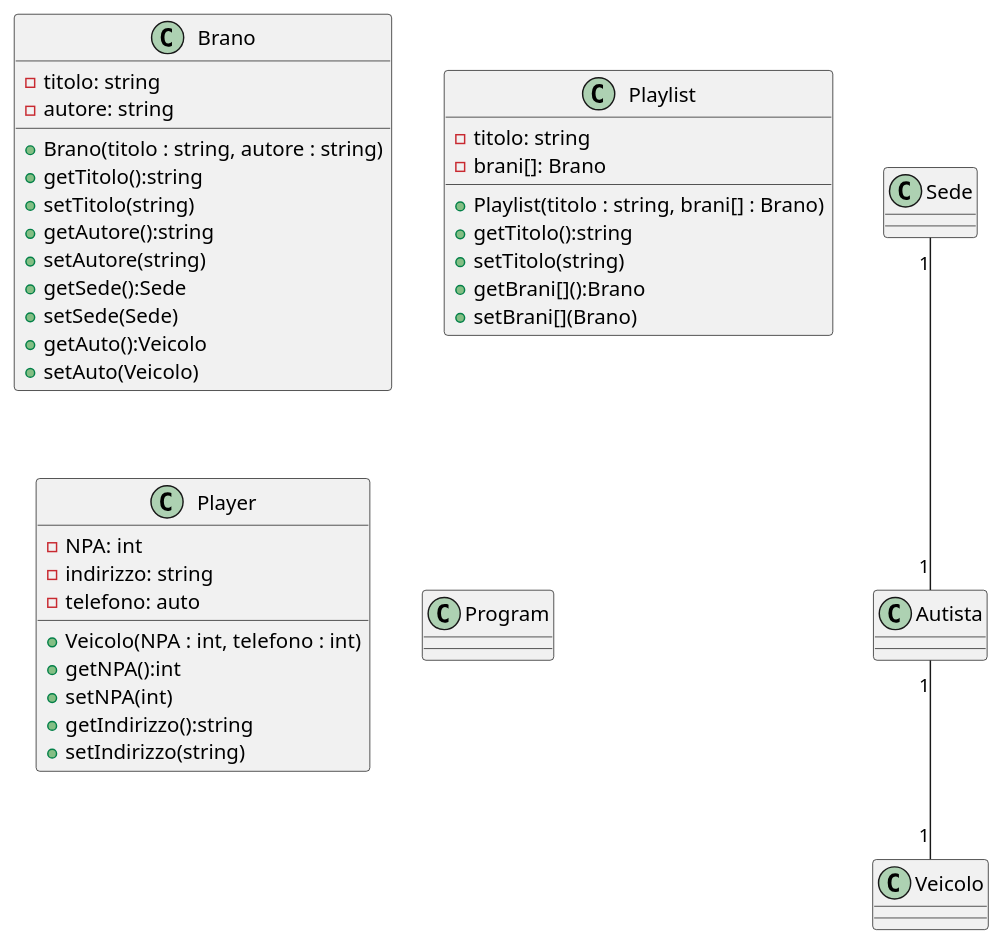
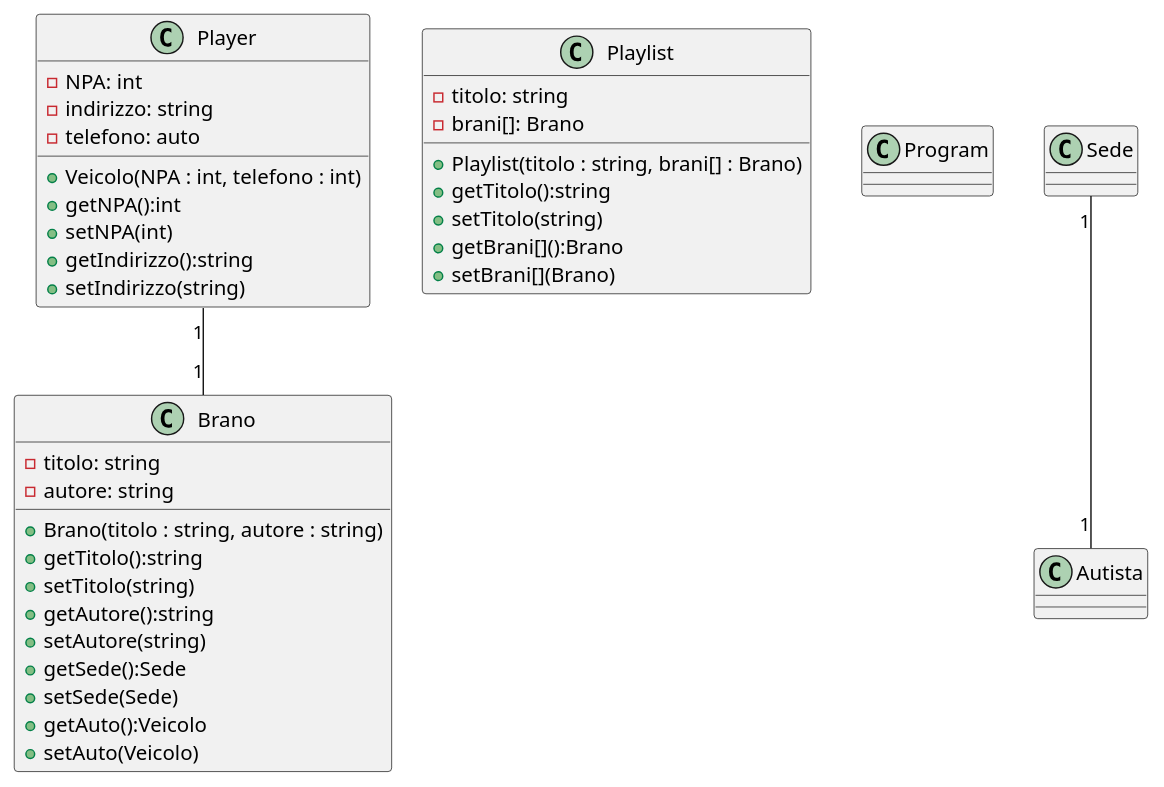
One commit to LiamPana/226A changed the diagram in Esercizi/OOP - 02/17 - LettoreMultimediale/LettoreMultimediale/src/LettoreMultimediale.puml. Above: the diagram before and after it, drawn with PlantUML. The commit also changed 41 other files, not shown here.

```diff
--- a/Esercizi/OOP - 02/17 - LettoreMultimediale/LettoreMultimediale/src/LettoreMultimediale.puml
+++ b/Esercizi/OOP - 02/17 - LettoreMultimediale/LettoreMultimediale/src/LettoreMultimediale.puml
@@ -1,44 +1,44 @@
 @startuml
 class Brano {
  -titolo: string
  -autore: string
  +Brano(titolo : string, autore : string)
  +getTitolo():string
  +setTitolo(string)
  +getAutore():string
  +setAutore(string)
  +getSede():Sede
  +setSede(Sede)
  +getAuto():Veicolo
  +setAuto(Veicolo)
 }
 class Playlist {
  -titolo: string
  -brani[]: Brano
  +Playlist(titolo : string, brani[] : Brano)
  +getTitolo():string
  +setTitolo(string)
  +getBrani[]():Brano
  +setBrani[](Brano)
 }
 class Player {
  -NPA: int
  -indirizzo: string
  -telefono: auto
  +Veicolo(NPA : int, telefono : int)
  +getNPA():int
  +setNPA(int)
  +getIndirizzo():string
  +setIndirizzo(string)
 }
 
 class Program {
 }
-Autista "1"--"1" Veicolo
+Player "1"--"1" Brano
 Sede "1"--"1" Autista
 
 
 
 
 
 @enduml
```
